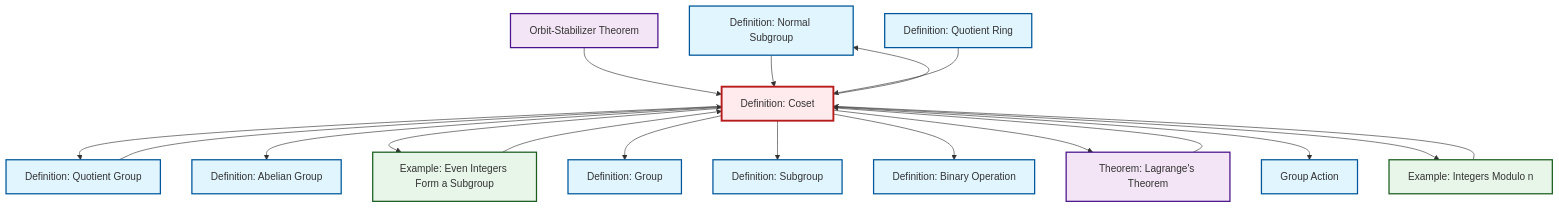
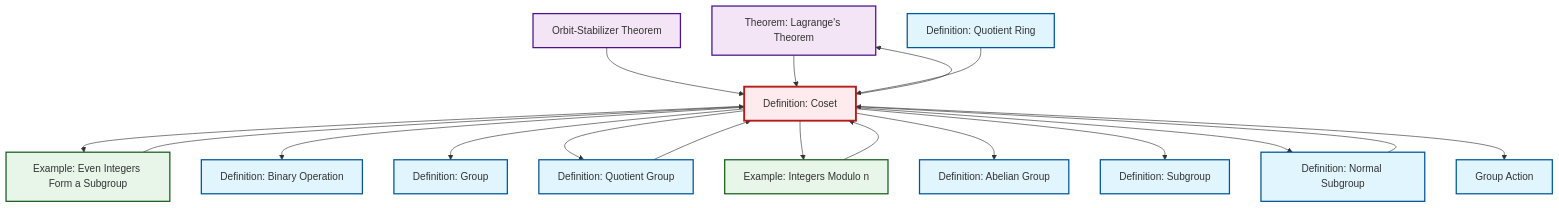
One commit to RK0429/ModernMath changed the diagram in content/en/algebra/def-coset.qmd. Above: the diagram before and after it, drawn with Mermaid. The commit also changed other lines of this file and 634 other files, not shown here.

````diff
--- a/content/en/algebra/def-coset.qmd
+++ b/content/en/algebra/def-coset.qmd
@@ -162,52 +162,52 @@
 ```{mermaid}
 %%| fig-cap: "Local dependency graph"
 graph TD
     classDef definition fill:#e1f5fe,stroke:#01579b,stroke-width:2px
     classDef theorem fill:#f3e5f5,stroke:#4a148c,stroke-width:2px
     classDef axiom fill:#fff3e0,stroke:#e65100,stroke-width:2px
     classDef example fill:#e8f5e9,stroke:#1b5e20,stroke-width:2px
     classDef current fill:#ffebee,stroke:#b71c1c,stroke-width:3px
-    def-binary-operation["Definition: Binary Operation"]:::definition
-    def-normal-subgroup["Definition: Normal Subgroup"]:::definition
+    def-group["Definition: Group"]:::definition
     def-abelian-group["Definition: Abelian Group"]:::definition
     thm-lagrange["Theorem: Lagrange's Theorem"]:::theorem
-    def-group["Definition: Group"]:::definition
+    def-binary-operation["Definition: Binary Operation"]:::definition
+    def-quotient-ring["Definition: Quotient Ring"]:::definition
+    def-quotient-group["Definition: Quotient Group"]:::definition
     def-subgroup["Definition: Subgroup"]:::definition
-    def-quotient-group["Definition: Quotient Group"]:::definition
+    thm-orbit-stabilizer["Orbit-Stabilizer Theorem"]:::theorem
+    def-normal-subgroup["Definition: Normal Subgroup"]:::definition
     ex-even-integers-subgroup["Example: Even Integers Form a Subgroup"]:::example
+    ex-quotient-integers-mod-n["Example: Integers Modulo n"]:::example
+    def-group-action["Group Action"]:::definition
     def-coset["Definition: Coset"]:::definition
-    ex-quotient-integers-mod-n["Example: Integers Modulo n"]:::example
-    thm-orbit-stabilizer["Orbit-Stabilizer Theorem"]:::theorem
-    def-quotient-ring["Definition: Quotient Ring"]:::definition
-    def-group-action["Group Action"]:::definition
+    def-coset --> thm-lagrange
+    def-coset --> ex-even-integers-subgroup
+    def-coset --> def-binary-operation
+    ex-quotient-integers-mod-n --> def-coset
+    def-coset --> def-group
     def-coset --> def-quotient-group
+    def-normal-subgroup --> def-coset
+    def-coset --> ex-quotient-integers-mod-n
     def-coset --> def-abelian-group
-    def-coset --> ex-even-integers-subgroup
     thm-orbit-stabilizer --> def-coset
+    thm-lagrange --> def-coset
     def-quotient-group --> def-coset
-    def-coset --> def-group
     def-coset --> def-subgroup
     ex-even-integers-subgroup --> def-coset
-    def-coset --> def-binary-operation
-    def-normal-subgroup --> def-coset
+    def-quotient-ring --> def-coset
     def-coset --> def-normal-subgroup
-    def-quotient-ring --> def-coset
-    thm-lagrange --> def-coset
-    ex-quotient-integers-mod-n --> def-coset
-    def-coset --> thm-lagrange
     def-coset --> def-group-action
-    def-coset --> ex-quotient-integers-mod-n
     class def-coset current
-    click def-binary-operation "def-binary-operation.html" "Go to Binary Operation definition"
-    click def-normal-subgroup "def-normal-subgroup.html" "Go to Normal Subgroup definition"
+    click def-group "def-group.html" "Go to Group definition"
     click def-abelian-group "def-abelian-group.html" "Go to Abelian Group definition"
     click thm-lagrange "thm-lagrange.html" "Go to Lagrange's Theorem theorem"
-    click def-group "def-group.html" "Go to Group definition"
+    click def-binary-operation "def-binary-operation.html" "Go to Binary Operation definition"
+    click def-quotient-ring "def-quotient-ring.html" "Go to Quotient Ring definition"
+    click def-quotient-group "def-quotient-group.html" "Go to Quotient Group definition"
     click def-subgroup "def-subgroup.html" "Go to Subgroup definition"
-    click def-quotient-group "def-quotient-group.html" "Go to Quotient Group definition"
+    click thm-orbit-stabilizer "thm-orbit-stabilizer.html" "Go to Orbit-Stabilizer Theorem"
+    click def-normal-subgroup "def-normal-subgroup.html" "Go to Normal Subgroup definition"
     click ex-even-integers-subgroup "ex-even-integers-subgroup.html" "Go to Even Integers Form a Subgroup example"
     click ex-quotient-integers-mod-n "ex-quotient-integers-mod-n.html" "Go to Integers Modulo n example"
-    click thm-orbit-stabilizer "thm-orbit-stabilizer.html" "Go to Orbit-Stabilizer Theorem"
-    click def-quotient-ring "def-quotient-ring.html" "Go to Quotient Ring definition"
     click def-group-action "def-group-action.html" "Go to Group Action"
 ```
````
